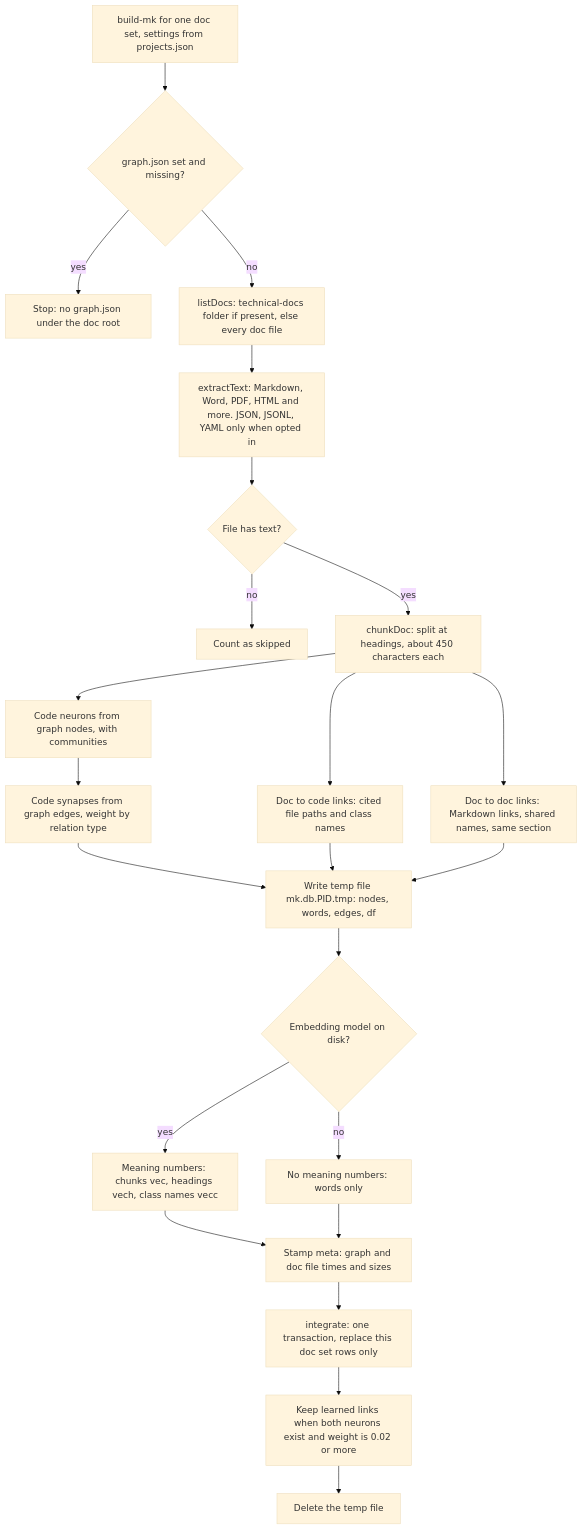
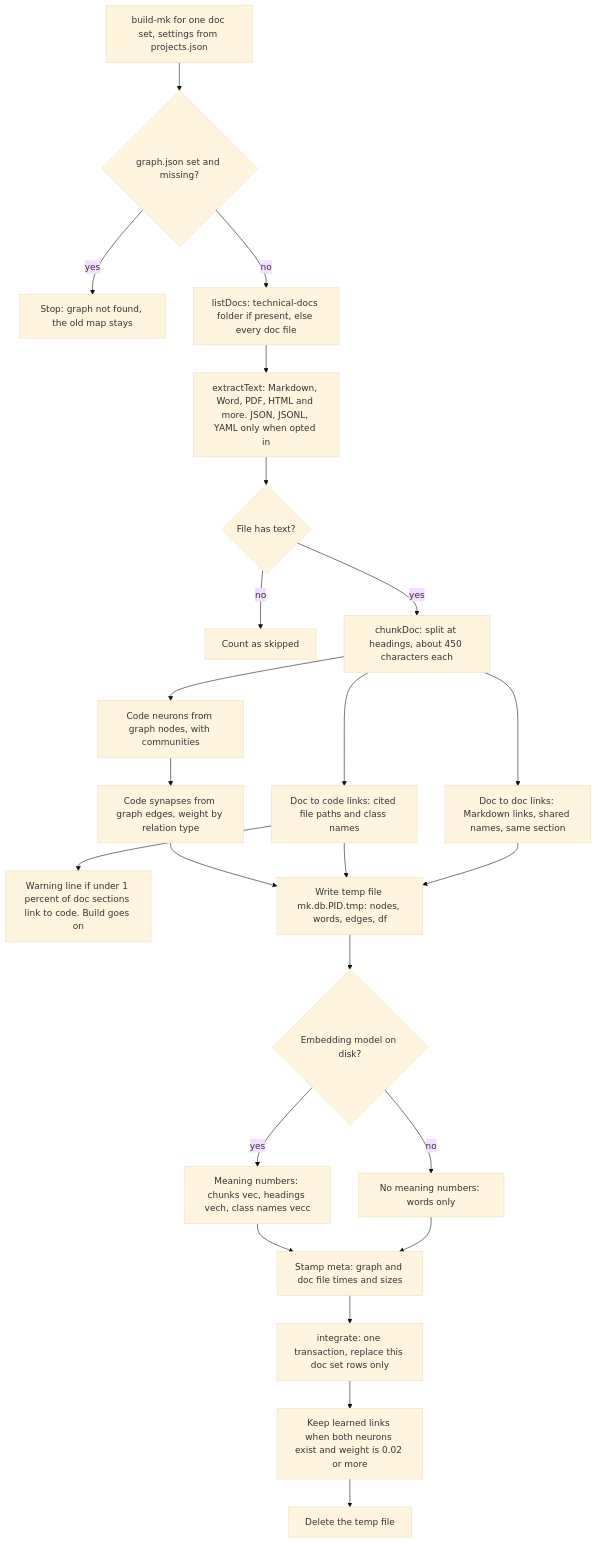
The fourth of 10 diagrams in docs/WORKFLOWS.md (ThanhNVan/gabriel-plugin), drawn with Mermaid (base theme) before and after one commit. The commit also changed other lines of this file and 93 other files, not shown here.

````diff
--- a/docs/WORKFLOWS.md
+++ b/docs/WORKFLOWS.md
@@ -126,25 +128,26 @@
 ```mermaid
 flowchart TD
   A["build-mk for one doc set, settings from projects.json"] --> G{"graph.json set and missing?"}
-  G -- "yes" --> E1["Stop: no graph.json under the doc root"]
+  G -- "yes" --> E1["Stop: graph not found, the old map stays"]
   G -- "no" --> L["listDocs: technical-docs folder if present, else every doc file"]
   L --> X["extractText: Markdown, Word, PDF, HTML and more. JSON, JSONL, YAML only when opted in"]
   X --> T{"File has text?"}
   T -- "no" --> SK["Count as skipped"]
   T -- "yes" --> C["chunkDoc: split at headings, about 450 characters each"]
   C --> CN["Code neurons from graph nodes, with communities"]
   CN --> CS["Code synapses from graph edges, weight by relation type"]
   C --> DC["Doc to code links: cited file paths and class names"]
   C --> DD["Doc to doc links: Markdown links, shared names, same section"]
+  DC --> WN["Warning line if under 1 percent of doc sections link to code. Build goes on"]
   CS --> TMP["Write temp file mk.db.PID.tmp: nodes, words, edges, df"]
   DC --> TMP
   DD --> TMP
   TMP --> M{"Embedding model on disk?"}
   M -- "no" --> W["No meaning numbers: words only"]
   M -- "yes" --> V["Meaning numbers: chunks vec, headings vech, class names vecc"]
   V --> ST["Stamp meta: graph and doc file times and sizes"]
   W --> ST
   ST --> I["integrate: one transaction, replace this doc set rows only"]
   I --> K["Keep learned links when both neurons exist and weight is 0.02 or more"]
   K --> DEL["Delete the temp file"]
 ```
````
